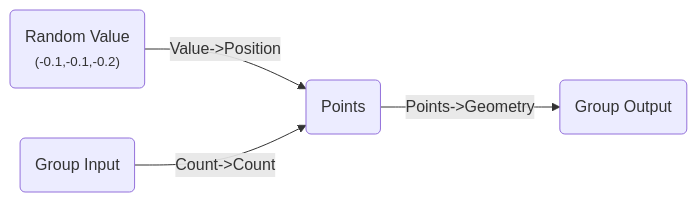
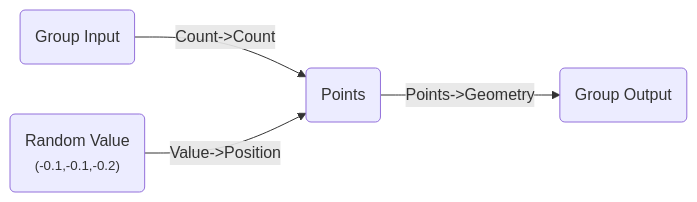
The fourth of 7 diagrams in introduction.llms.md (BradyAJohnston/nodebpy), drawn with Mermaid before and after one commit. The commit also changed other lines of this file and 104 other files, not shown here.

````diff
--- a/introduction.llms.md
+++ b/introduction.llms.md
@@ -100,10 +100,10 @@
 ``` mermaid
 graph LR
     N0("Group Input"):::default-node
     N1("Random Value<br/><small>(-0.1,-0.1,-0.2)</small>"):::converter-node
     N2("Points"):::geometry-node
     N3("Group Output"):::default-node
+    N0 -->|"Count->Count"| N2
     N1 -->|"Value->Position"| N2
-    N0 -->|"Count->Count"| N2
     N2 -->|"Points->Geometry"| N3
 ```
````
